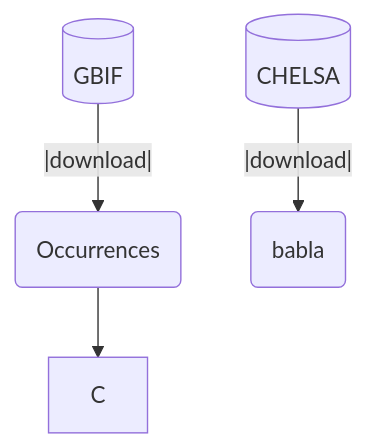
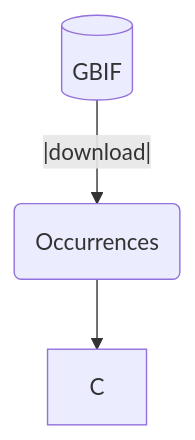
The diagram in README.md (Becheler/iDDC_on_OSG), drawn with Mermaid before and after one commit. The commit also changed other lines of this file, not shown here.

Commit message:
bug: mermaid

````diff
--- a/README.md
+++ b/README.md
@@ -25,6 +25,5 @@
 ```mermaid
   graph TD;
       A[(GBIF)]--|download|-->B(Occurrences);
       B-->C;
-      D[(CHELSA)]--|download|-->E(babla);
 ```
````
